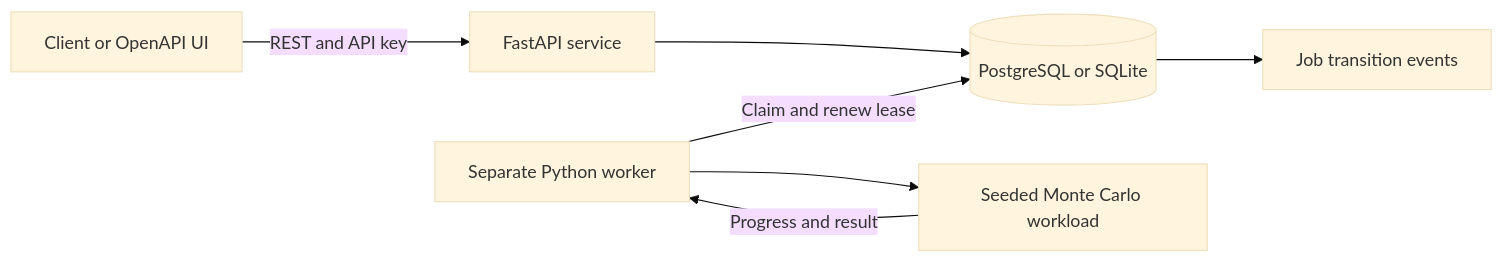
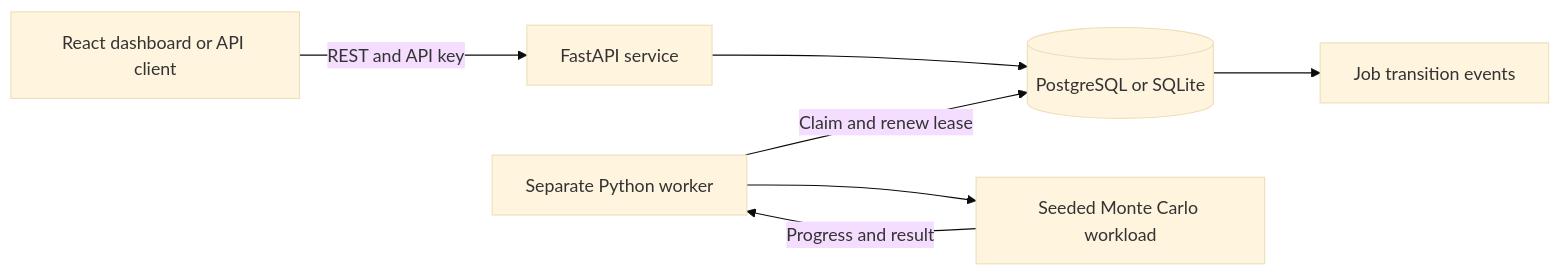
Before and after one commit to JesU2504/experiment-job-manager: the first of 2 diagrams in README.md, drawn with Mermaid (base theme). The commit also changed other lines of this file and 1 other file, not shown here.

Commit message:
Pass dashboard CORS origins into Compose services

````diff
--- a/README.md
+++ b/README.md
@@ -35,9 +35,9 @@
 ```mermaid
 flowchart LR
-    Client[Client or OpenAPI UI] -->|REST and API key| API[FastAPI service]
+    Client[React dashboard or API client] -->|REST and API key| API[FastAPI service]
     API --> SQL[(PostgreSQL or SQLite)]
     Worker[Separate Python worker] -->|Claim and renew lease| SQL
     Worker --> Experiment[Seeded Monte Carlo workload]
     Experiment -->|Progress and result| Worker
     SQL --> Events[Job transition events]
 ```
````
